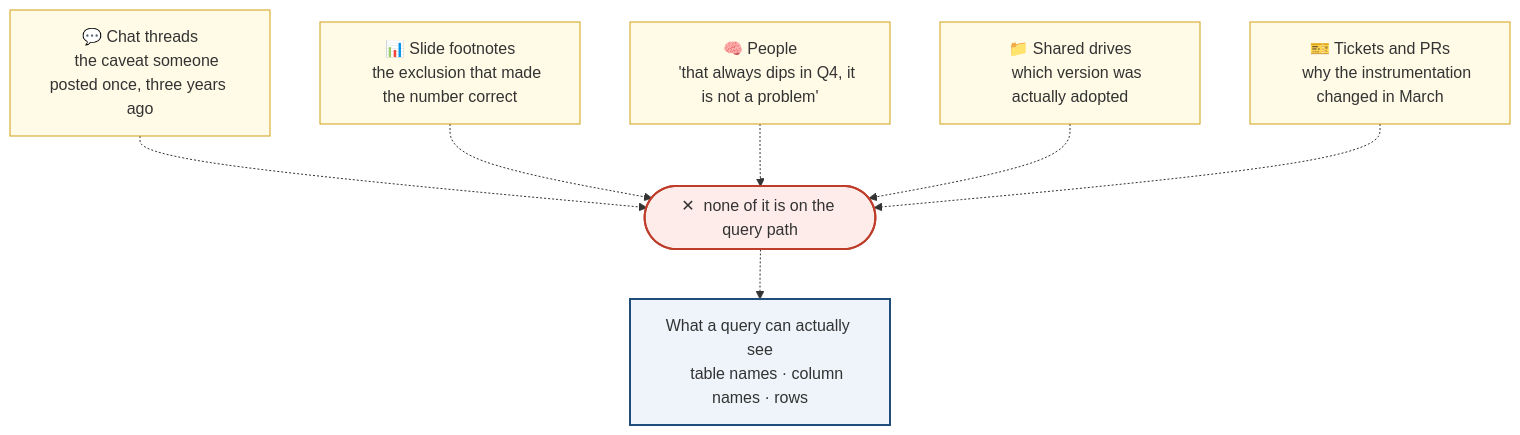
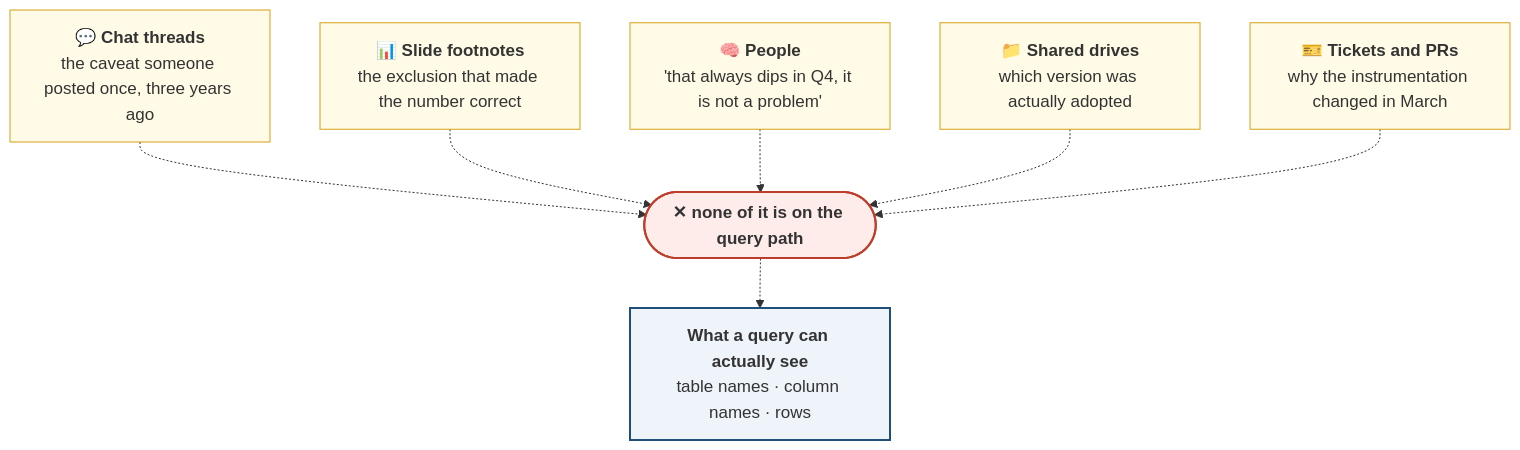
One commit to benkohcc/semantic-layer-for-ai-agents changed the first of 3 diagrams in README.md. Above: the diagram before and after it, drawn with Mermaid. The commit also changed other lines of this file, not shown here.

First line of the commit message:
Bold the headers inside diagram nodes and raise the font size

````diff
--- a/README.md
+++ b/README.md
@@ -52,30 +52,31 @@
 ```mermaid
+%%{init: {'themeVariables': {'fontSize': '17px'}}}%%
 flowchart TB
-    K1["💬 Chat threads
-    the caveat someone posted once, three years ago"]
-    K2["📊 Slide footnotes
-    the exclusion that made the number correct"]
-    K3["🧠 People
-    'that always dips in Q4, it is not a problem'"]
-    K4["📁 Shared drives
-    which version was actually adopted"]
-    K5["🎫 Tickets and PRs
-    why the instrumentation changed in March"]
+    K1["`**💬 Chat threads**
+    the caveat someone posted once, three years ago`"]
+    K2["`**📊 Slide footnotes**
+    the exclusion that made the number correct`"]
+    K3["`**🧠 People**
+    'that always dips in Q4, it is not a problem'`"]
+    K4["`**📁 Shared drives**
+    which version was actually adopted`"]
+    K5["`**🎫 Tickets and PRs**
+    why the instrumentation changed in March`"]
 
-    K1 -.-> X(["✕  none of it is on the query path"])
+    K1 -.-> X(["`**✕ none of it is on the query path**`"])
     K2 -.-> X
     K3 -.-> X
     K4 -.-> X
     K5 -.-> X
 
-    X -.-> S["What a query can actually see
-    table names · column names · rows"]
+    X -.-> S["`**What a query can actually see**
+    table names · column names · rows`"]
 
     style K1 fill:#fffbe6,stroke:#d4a017
     style K2 fill:#fffbe6,stroke:#d4a017
     style K3 fill:#fffbe6,stroke:#d4a017
     style K4 fill:#fffbe6,stroke:#d4a017
     style K5 fill:#fffbe6,stroke:#d4a017
     style X fill:#fdecea,stroke:#be3d2a,stroke-width:2px
     style S fill:#eef4fa,stroke:#1e4e79,stroke-width:2px
 ```
````
